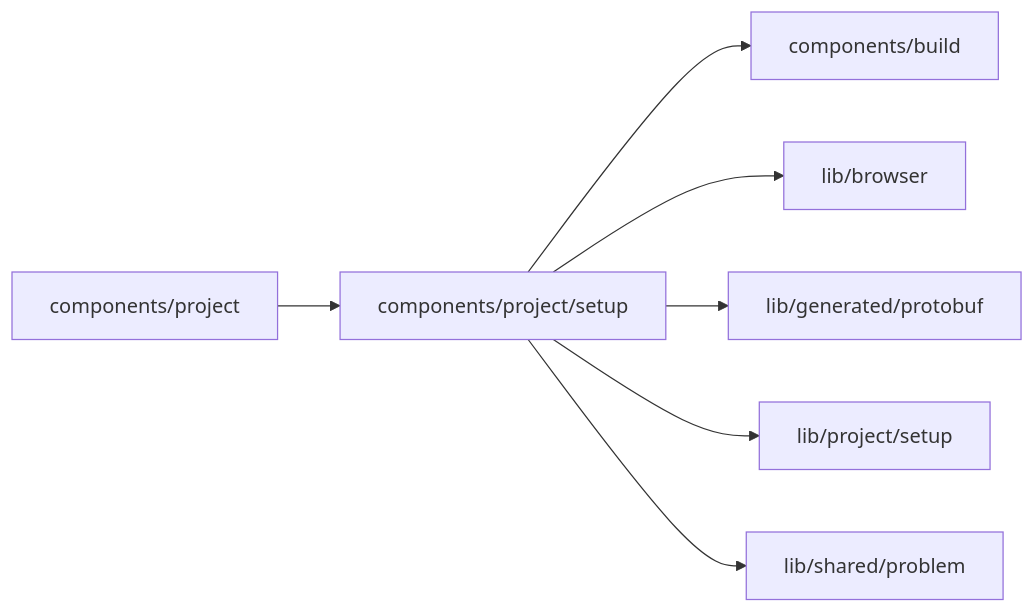
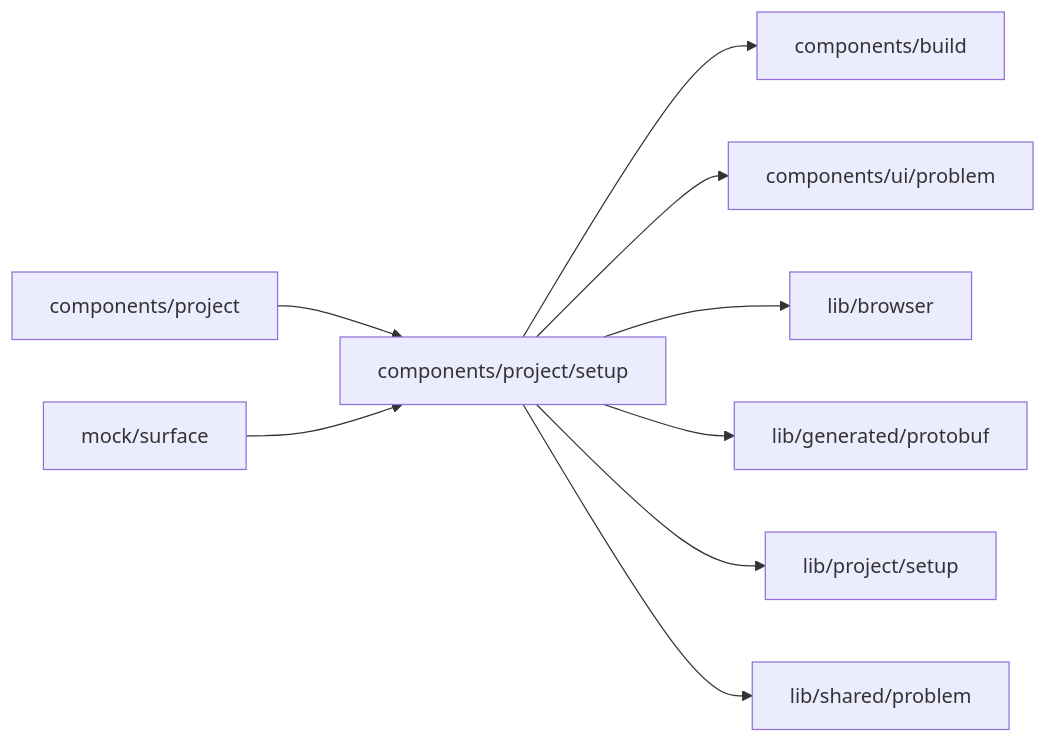
One commit to superdurable/superverse changed the diagram in web/studio/components/project/setup/README.md. Above: the diagram before and after it, drawn with Mermaid. The commit also changed other lines of this file and 278 other files, not shown here.

````diff
--- a/web/studio/components/project/setup/README.md
+++ b/web/studio/components/project/setup/README.md
@@ -10,10 +10,12 @@
 ```mermaid
 flowchart LR
   self["components/project/setup"]
   c0["components/project"] --> self
+  c1["mock/surface"] --> self
   self --> d0["components/build"]
-  self --> d1["lib/browser"]
-  self --> d2["lib/generated/protobuf"]
-  self --> d3["lib/project/setup"]
-  self --> d4["lib/shared/problem"]
+  self --> d1["components/ui/problem"]
+  self --> d2["lib/browser"]
+  self --> d3["lib/generated/protobuf"]
+  self --> d4["lib/project/setup"]
+  self --> d5["lib/shared/problem"]
 ```
````
